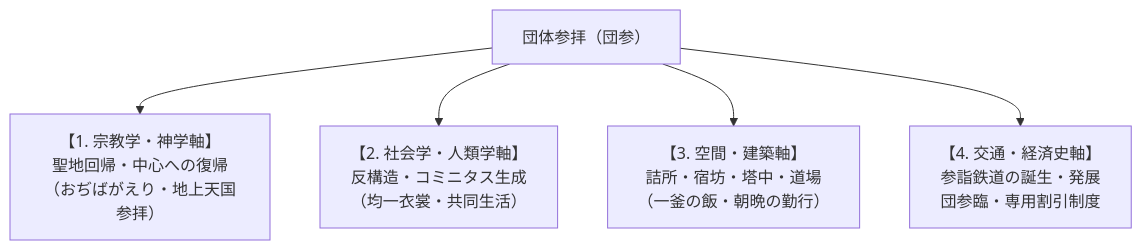
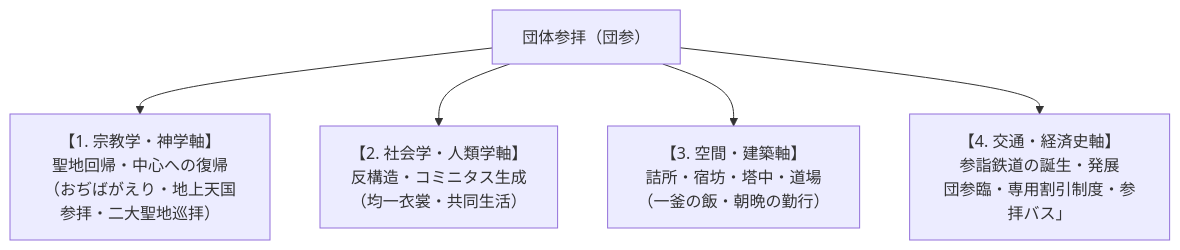
One commit to iida-masashi/religion-garden changed the diagram in content/01_宗派・異端研究/10_概念・原典・事件・拠点/団体参拝.md. Above: the diagram before and after it, drawn with Mermaid. The commit also changed other lines of this file and 1 other file, not shown here.

````diff
--- a/content/01_宗派・異端研究/10_概念・原典・事件・拠点/団体参拝.md
+++ b/content/01_宗派・異端研究/10_概念・原典・事件・拠点/団体参拝.md
@@ -26,7 +26,7 @@
 ```mermaid
 graph TD
-    A["団体参拝（団参）"] --> B1["【1. 宗教学・神学軸】<br>聖地回帰・中心への復帰<br>（おぢばがえり・地上天国参拝）"]
+    A["団体参拝（団参）"] --> B1["【1. 宗教学・神学軸】<br>聖地回帰・中心への復帰<br>（おぢばがえり・地上天国参拝・二大聖地巡拝）"]
     A --> B2["【2. 社会学・人類学軸】<br>反構造・コミニタス生成<br>（均一衣裳・共同生活）"]
     A --> B3["【3. 空間・建築軸】<br>詰所・宿坊・塔中・道場<br>（一釜の飯・朝晩の勤行）"]
-    A --> B4["【4. 交通・経済史軸】<br>参詣鉄道の誕生・発展<br>団参臨・専用割引制度"]
+    A --> B4["【4. 交通・経済史軸】<br>参詣鉄道の誕生・発展<br>団参臨・専用割引制度・参拝バス」"]
 ```
````
